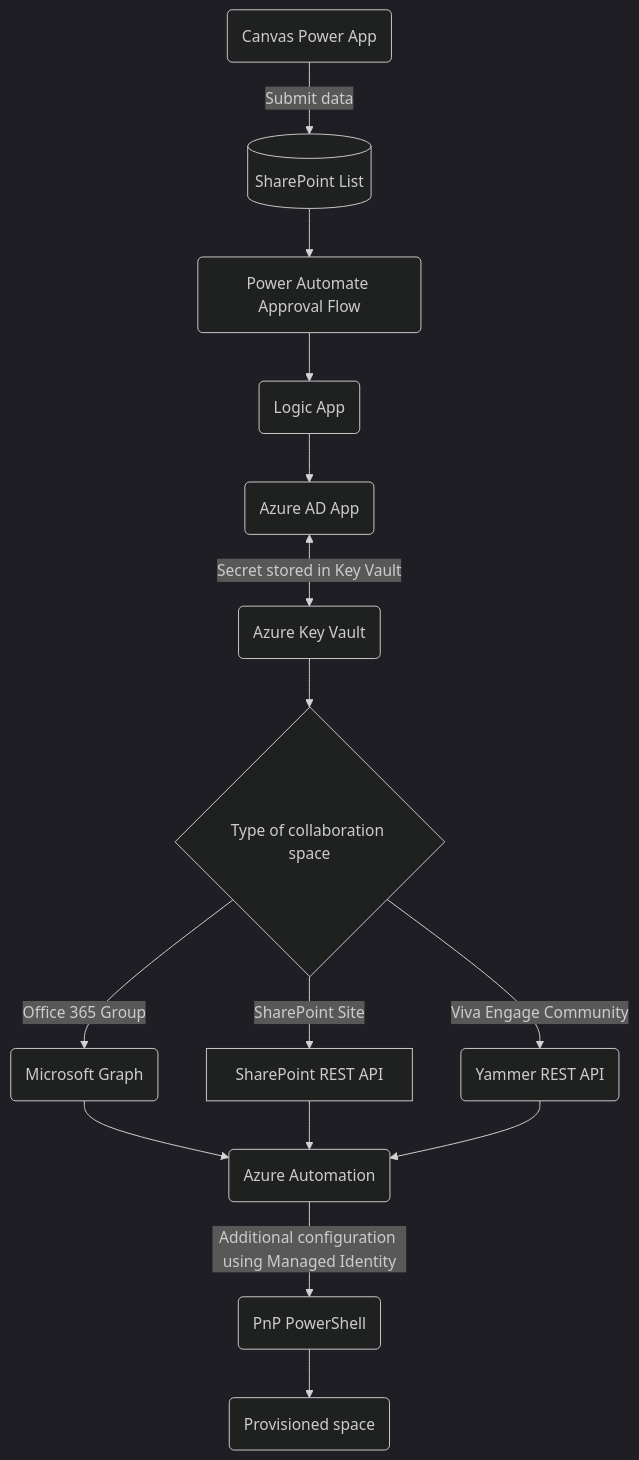
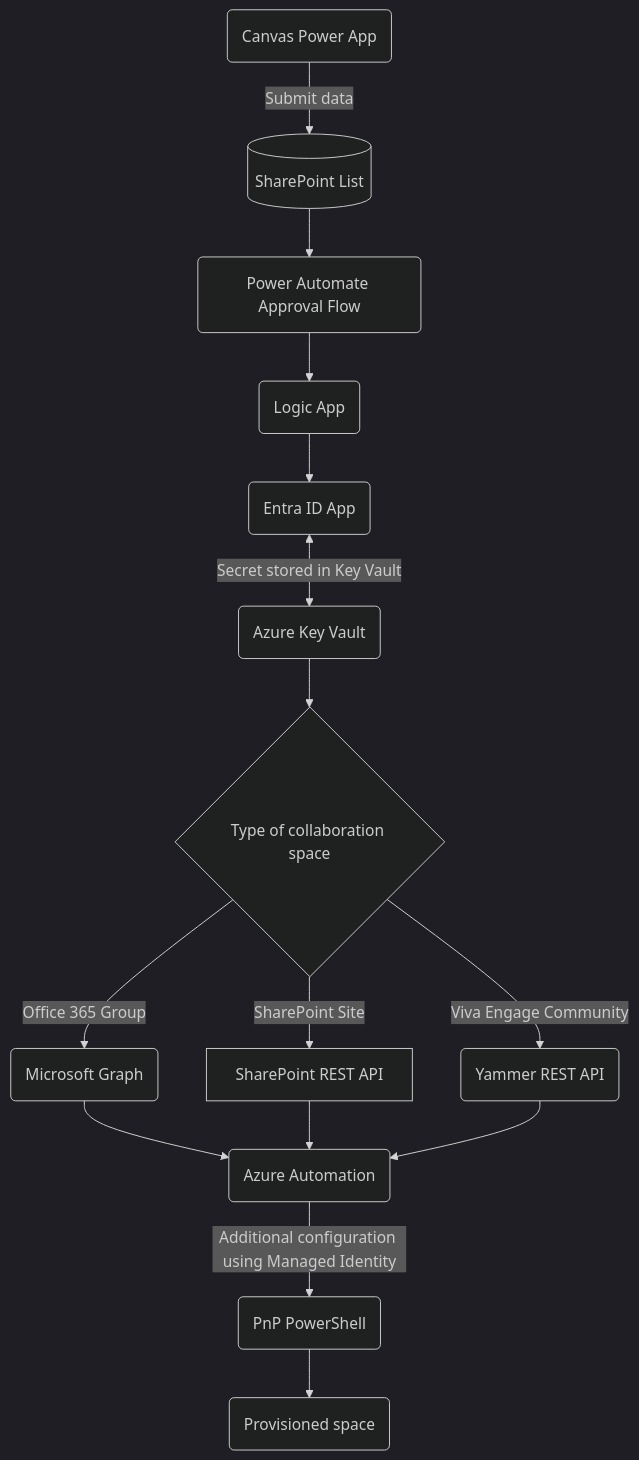
Before and after one commit to pnp/provision-assist-m365: the diagram in Architecture.md, drawn with Mermaid (dark theme). The commit also changed 7 other files, not shown here.

```````diff
--- a/Architecture.md
+++ b/Architecture.md
@@ -5,10 +5,10 @@
 ``` mermaid
 graph TD
-    A(Canvas Power App) --> | Submit data | B[(SharePoint List)] --> C(Power Automate Approval Flow) --> D(Logic App) --> E(Azure AD App) <--> | Secret stored in Key Vault | F(Azure Key Vault) --> G{Type of collaboration space} --> |SharePoint Site| H[SharePoint REST API] 
+    A(Canvas Power App) --> | Submit data | B[(SharePoint List)] --> C(Power Automate Approval Flow) --> D(Logic App) --> E(Entra ID App) <--> | Secret stored in Key Vault | F(Azure Key Vault) --> G{Type of collaboration space} --> |SharePoint Site| H[SharePoint REST API] 
     G --> | Office 365 Group | I(Microsoft Graph)
     G --> | Viva Engage Community | J(Yammer REST API) 
     I --> K(Azure Automation)
     H --> K
     J --> K
     K --> | Additional configuration using Managed Identity | L(PnP PowerShell) --> M(Provisioned space)
 ``````
```````
